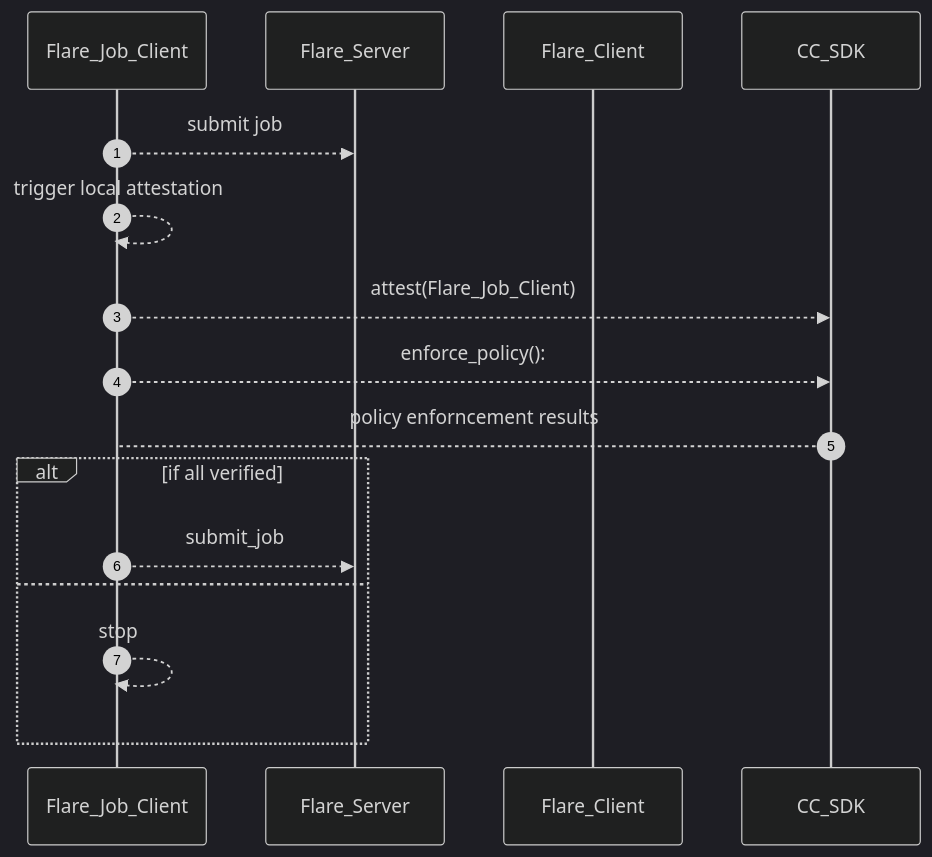
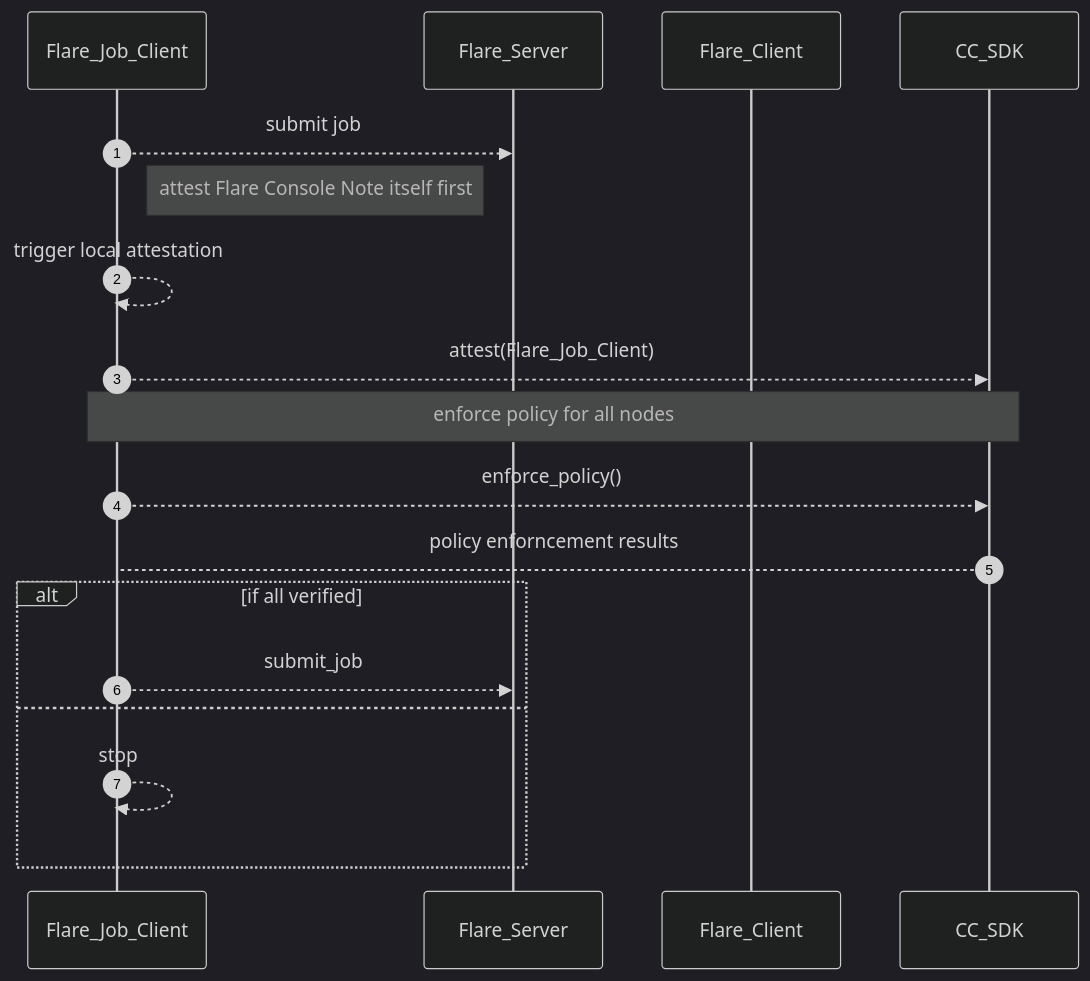
Before and after one commit to hitesh-ag1/NVFlare: diagram 14 of 14 in docs/confidential_computing/detailed_cc_sequence_diagram.md, drawn with Mermaid (dark theme).

Commit message:
Sequence diagram for CC

````diff
--- a/docs/confidential_computing/detailed_cc_sequence_diagram.md
+++ b/docs/confidential_computing/detailed_cc_sequence_diagram.md
@@ -326,22 +326,26 @@
 ```mermaid
 sequenceDiagram
    autonumber
     
     participant Flare_Job_Client
     participant Flare_Server
     participant Flare_Client
     participant CC_SDK
     
     Flare_Job_Client -->> Flare_Server: submit job
-    Flare_Job_Client -->> Flare_Job_Client: trigger local attestation 
+    
+    note right of Flare_Job_Client: attest Flare Console Note itself first
+    Flare_Job_Client -->> Flare_Job_Client: trigger local attestation
     Flare_Job_Client -->> CC_SDK: attest(Flare_Job_Client)
-    Flare_Job_Client -->> CC_SDK: enforce_policy(): 
+    
+    note over Flare_Job_Client, CC_SDK: enforce policy for all nodes
+    
+    Flare_Job_Client -->> CC_SDK: enforce_policy()  
     CC_SDK --> Flare_Job_Client: policy enforncement results
-    
     alt if all verified
         Flare_Job_Client -->> Flare_Server: submit_job
     else
         Flare_Job_Client -->> Flare_Job_Client: stop
     end
    
 ```
````
